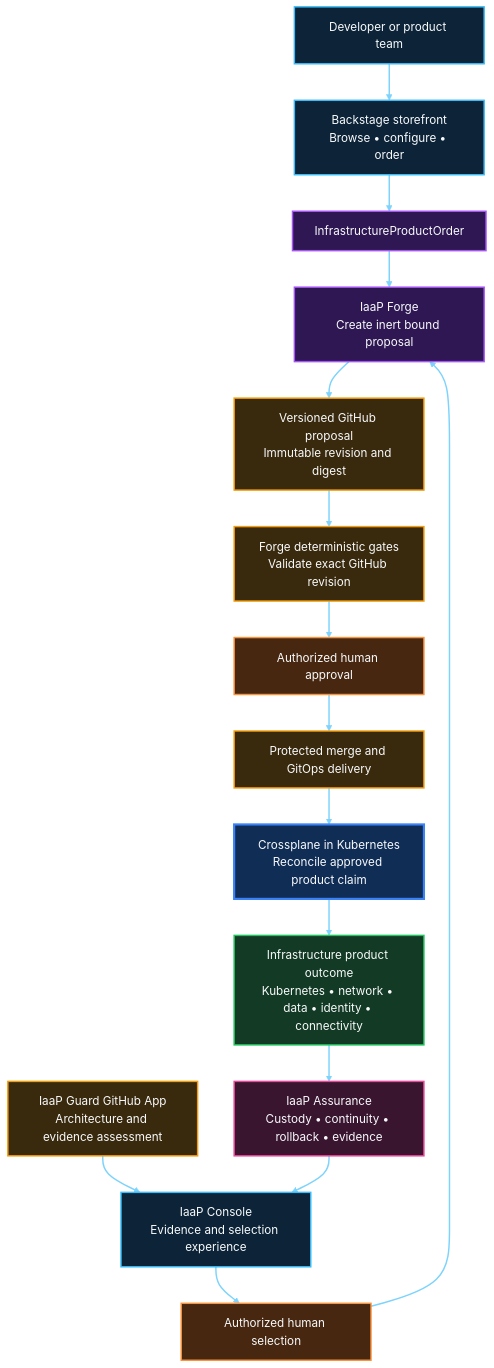
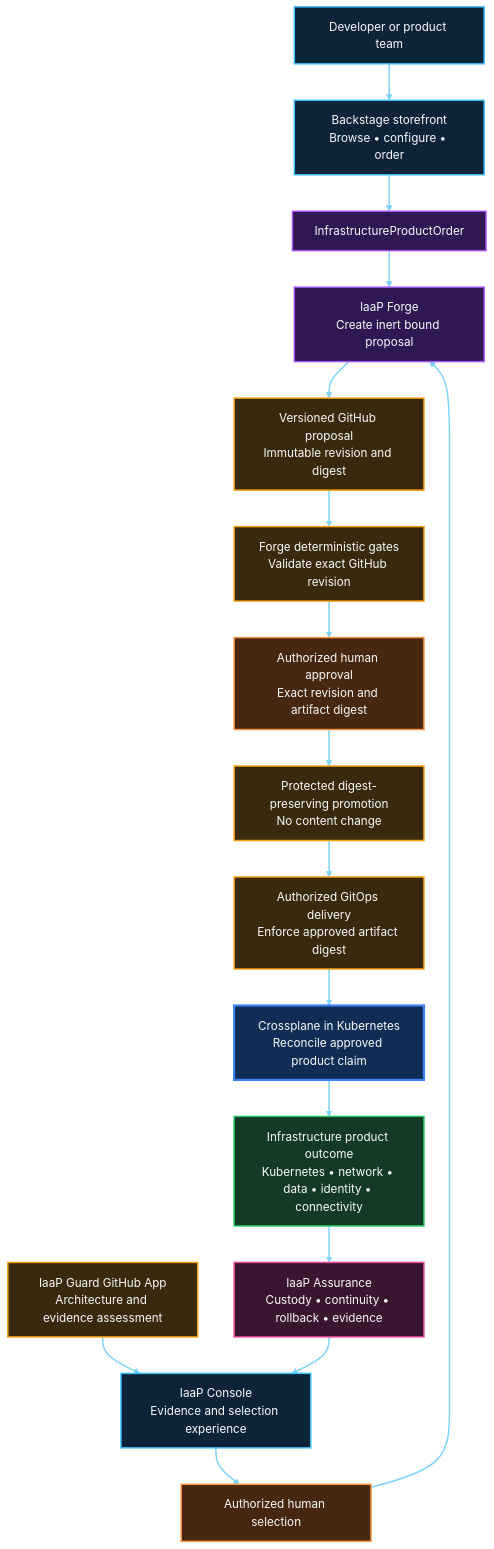
The first of 5 diagrams in docs/PRODUCT-ARCHITECTURE.md (InfrastructureProductWorks/ai-powered-infrastructure-as-a-product), drawn with Mermaid (base theme) before and after one commit. The commit also changed other lines of this file, not shown here.

Commit message:
docs: preserve approved digest through GitOps delivery

````diff
--- a/docs/PRODUCT-ARCHITECTURE.md
+++ b/docs/PRODUCT-ARCHITECTURE.md
@@ -10,49 +10,51 @@
 ```mermaid
 flowchart TB
   DEV["Developer or product team"]
   STORE["Backstage storefront<br/>Browse • configure • order"]
   ORDER["InfrastructureProductOrder"]
   GUARD["IaaP Guard GitHub App<br/>Architecture and evidence assessment"]
   CONSOLE["IaaP Console<br/>Evidence and selection experience"]
   SELECT["Authorized human selection"]
   FORGE["IaaP Forge<br/>Create inert bound proposal"]
   REVISION["Versioned GitHub proposal<br/>Immutable revision and digest"]
   VALIDATE["Forge deterministic gates<br/>Validate exact GitHub revision"]
-  APPROVE["Authorized human approval"]
-  DELIVERY["Protected merge and GitOps delivery"]
+  APPROVE["Authorized human approval<br/>Exact revision and artifact digest"]
+  PROMOTE["Protected digest-preserving promotion<br/>No content change"]
+  DELIVERY["Authorized GitOps delivery<br/>Enforce approved artifact digest"]
   CONTROL["Crossplane in Kubernetes<br/>Reconcile approved product claim"]
   OUTCOME["Infrastructure product outcome<br/>Kubernetes • network • data • identity • connectivity"]
   ASSURE["IaaP Assurance<br/>Custody • continuity • rollback • evidence"]
 
   DEV --> STORE
   STORE --> ORDER
   GUARD --> CONSOLE
   CONSOLE --> SELECT
   ORDER --> FORGE
   SELECT --> FORGE
   FORGE --> REVISION
   REVISION --> VALIDATE
   VALIDATE --> APPROVE
-  APPROVE --> DELIVERY
+  APPROVE --> PROMOTE
+  PROMOTE --> DELIVERY
   DELIVERY --> CONTROL
   CONTROL --> OUTCOME
   OUTCOME --> ASSURE
   ASSURE --> CONSOLE
 
   classDef experience fill:#0D2438,stroke:#38BDF8,stroke-width:2px,color:#F8FAFC
   classDef product fill:#2E1752,stroke:#A855F7,stroke-width:2px,color:#F8FAFC
   classDef governance fill:#3A2A0D,stroke:#F59E0B,stroke-width:2px,color:#F8FAFC
   classDef human fill:#47270F,stroke:#FB923C,stroke-width:2px,color:#F8FAFC
   classDef control fill:#102D55,stroke:#3B82F6,stroke-width:3px,color:#F8FAFC
   classDef outcome fill:#123A24,stroke:#22C55E,stroke-width:2px,color:#F8FAFC
   classDef evidence fill:#3A1530,stroke:#EC4899,stroke-width:2px,color:#F8FAFC
   class DEV,STORE,CONSOLE experience
   class ORDER,FORGE product
   class GUARD,REVISION,VALIDATE governance
   class SELECT,APPROVE human
-  class DELIVERY governance
+  class PROMOTE,DELIVERY governance
   class CONTROL control
   class OUTCOME outcome
   class ASSURE evidence
   linkStyle default stroke:#7DD3FC,stroke-width:2px
 ```
````
